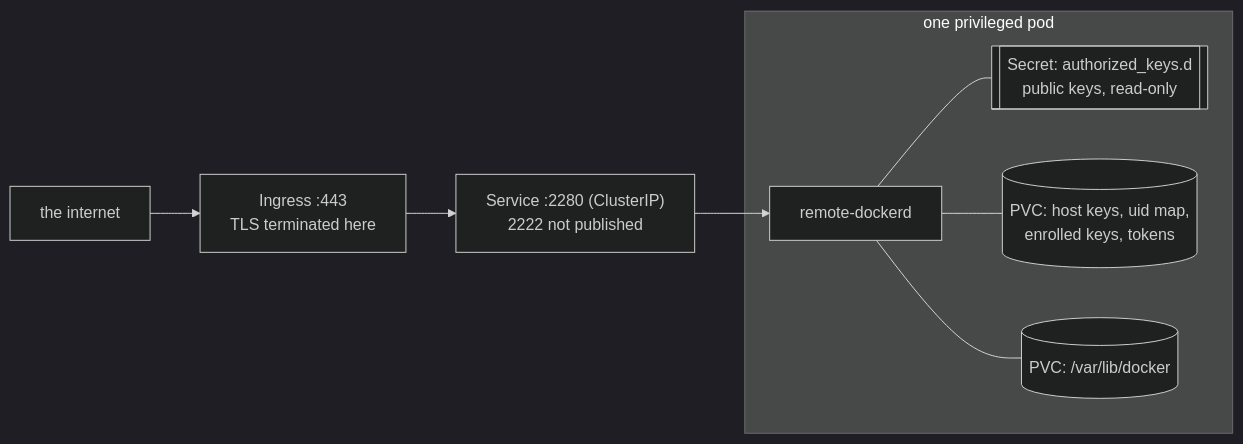
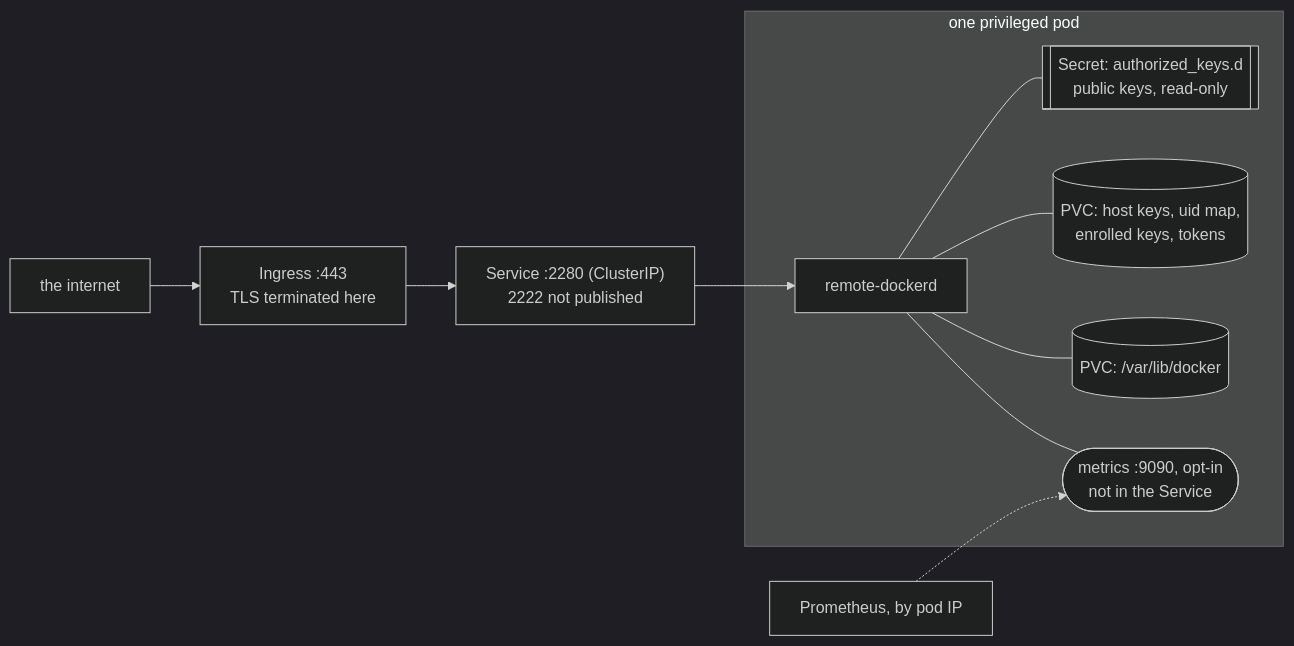
Diagram 13 of 15 in docs/threat-model.md (lhns/remote-docker), drawn with Mermaid (dark theme) before and after one commit. The commit also changed other lines of this file, not shown here.

````diff
--- a/docs/threat-model.md
+++ b/docs/threat-model.md
@@ -924,16 +1129,20 @@
 ```mermaid
 flowchart LR
     world["the internet"] --> ing["Ingress :443<br/>TLS terminated here"]
     ing --> svc["Service :2280 (ClusterIP)<br/>2222 not published"]
     svc --> agent
 
     subgraph pod["one privileged pod"]
         agent["remote-dockerd"]
         keys[["Secret: authorized_keys.d<br/>public keys, read-only"]]
         statevol[("PVC: host keys, uid map,<br/>enrolled keys, tokens")]
         graphvol[("PVC: /var/lib/docker")]
+        mport(["metrics :9090, opt-in<br/>not in the Service"])
         agent --- keys
         agent --- statevol
         agent --- graphvol
+        agent --- mport
     end
+
+    scraper["Prometheus, by pod IP"] -.-> mport
 ```
````
